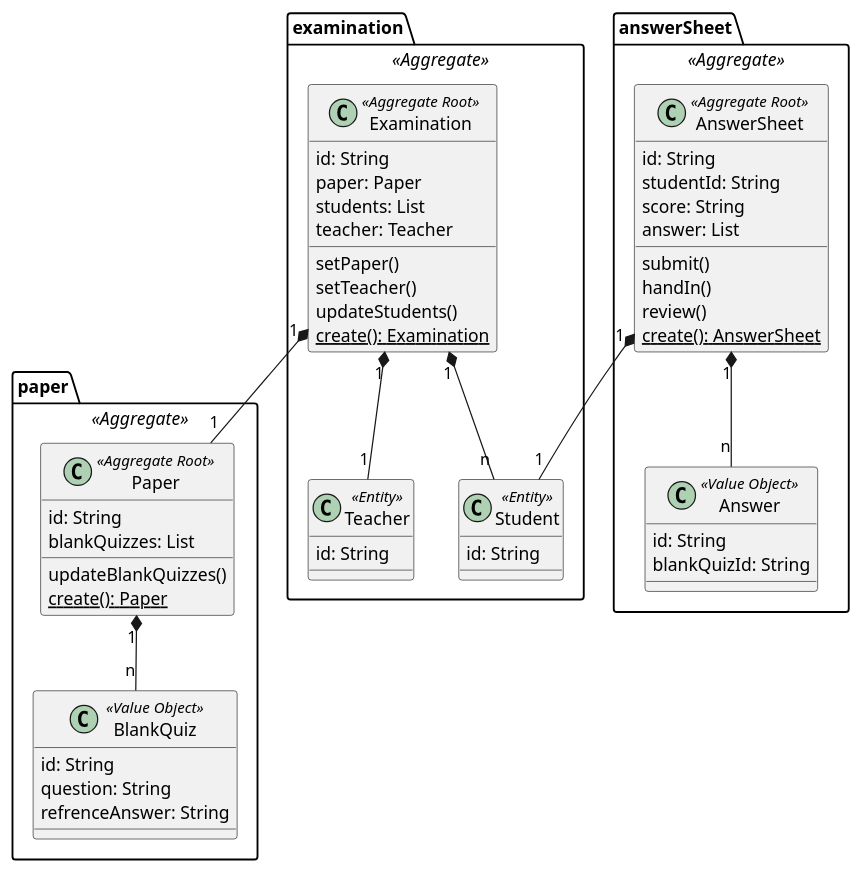
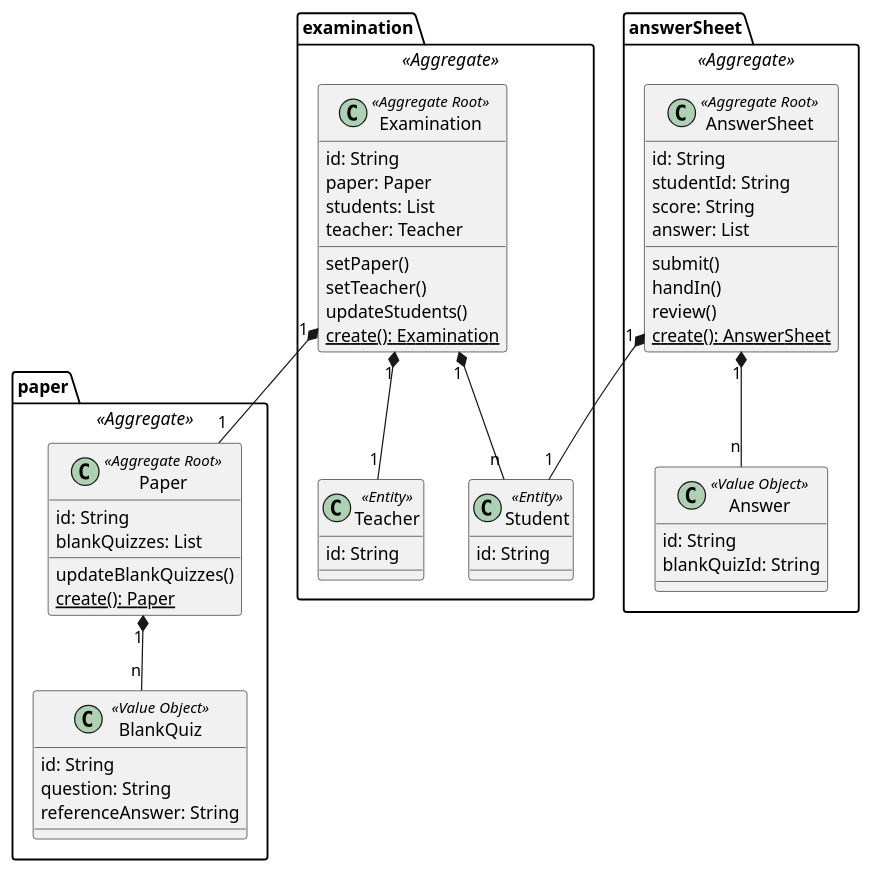
The diagram in design/demo.puml (ChengYurou/exam-plantform), drawn with PlantUML before and after one commit.

Commit message:
rename parameter.

```diff
--- a/design/demo.puml
+++ b/design/demo.puml
@@ -1,60 +1,60 @@
 @startuml
 package paper <<Aggregate>>  {
     class Paper <<Aggregate Root>> {
         id: String
         blankQuizzes: List
         updateBlankQuizzes()
         {static} create(): Paper
     }
     class BlankQuiz <<Value Object>>{
         id: String
         question: String
-        refrenceAnswer: String
+        referenceAnswer: String
     }
     Paper "1" *-- "n" BlankQuiz
 }
 package examination <<Aggregate>> {
     class Examination <<Aggregate Root>> {
         id: String
         paper: Paper
         students: List
         teacher: Teacher
         setPaper()
         setTeacher()
         updateStudents()
         {static} create(): Examination
     }
 
     class Student <<Entity>> {
         id: String
     }
 
     class Teacher <<Entity>> {
         id: String
     }
 
     Examination "1" *-- "1" Paper
     Examination "1" *-- "1" Teacher
     Examination "1" *-- "n" Student
 }
 package answerSheet <<Aggregate>> {
     class AnswerSheet <<Aggregate Root>> {
         id: String
         studentId: String
         score: String
         answer: List
         submit()
         handIn()
         review()
         {static} create(): AnswerSheet
     }
 
     class Answer <<Value Object>> {
         id: String
         blankQuizId: String
     }
 
     AnswerSheet "1" *-- "1" Student
     AnswerSheet "1" *-- "n" Answer
 }
 @enduml
```
